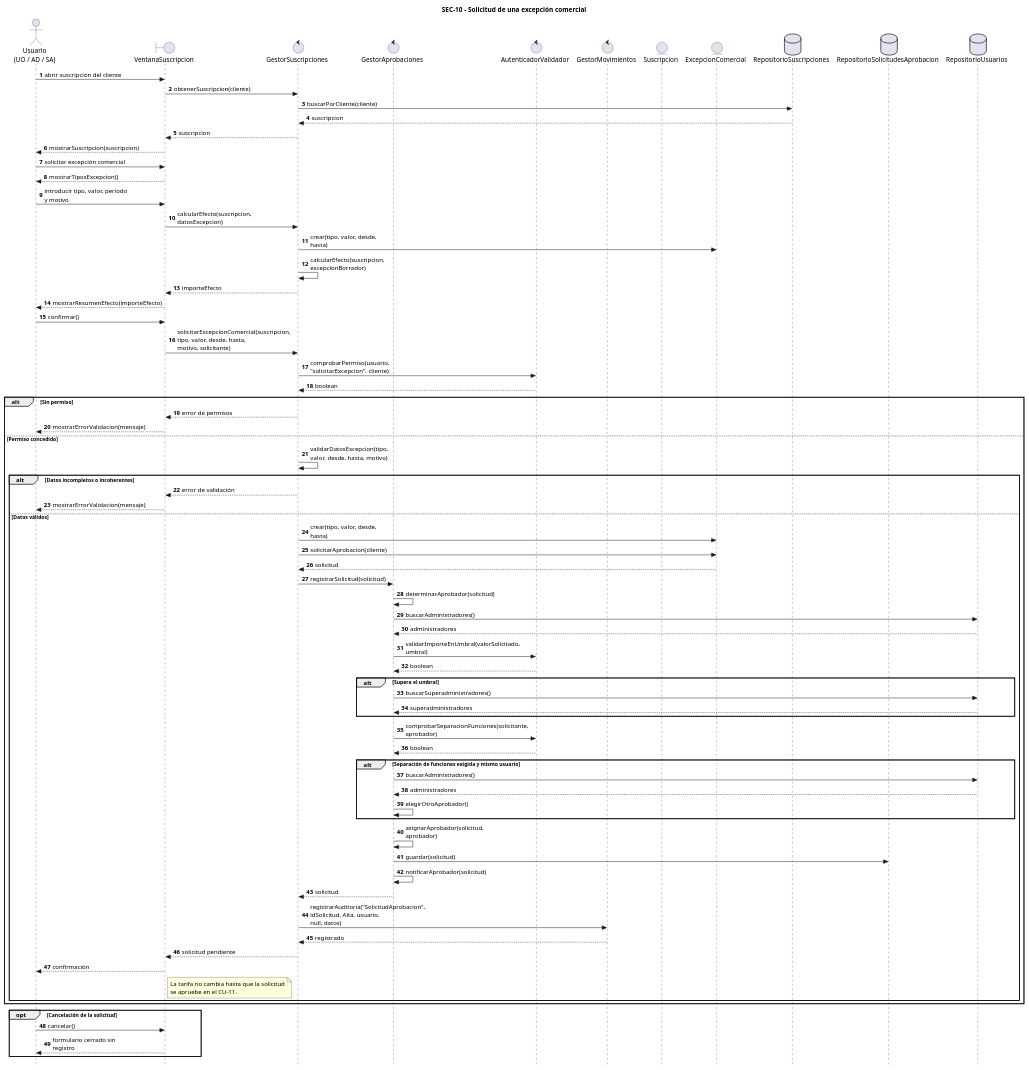
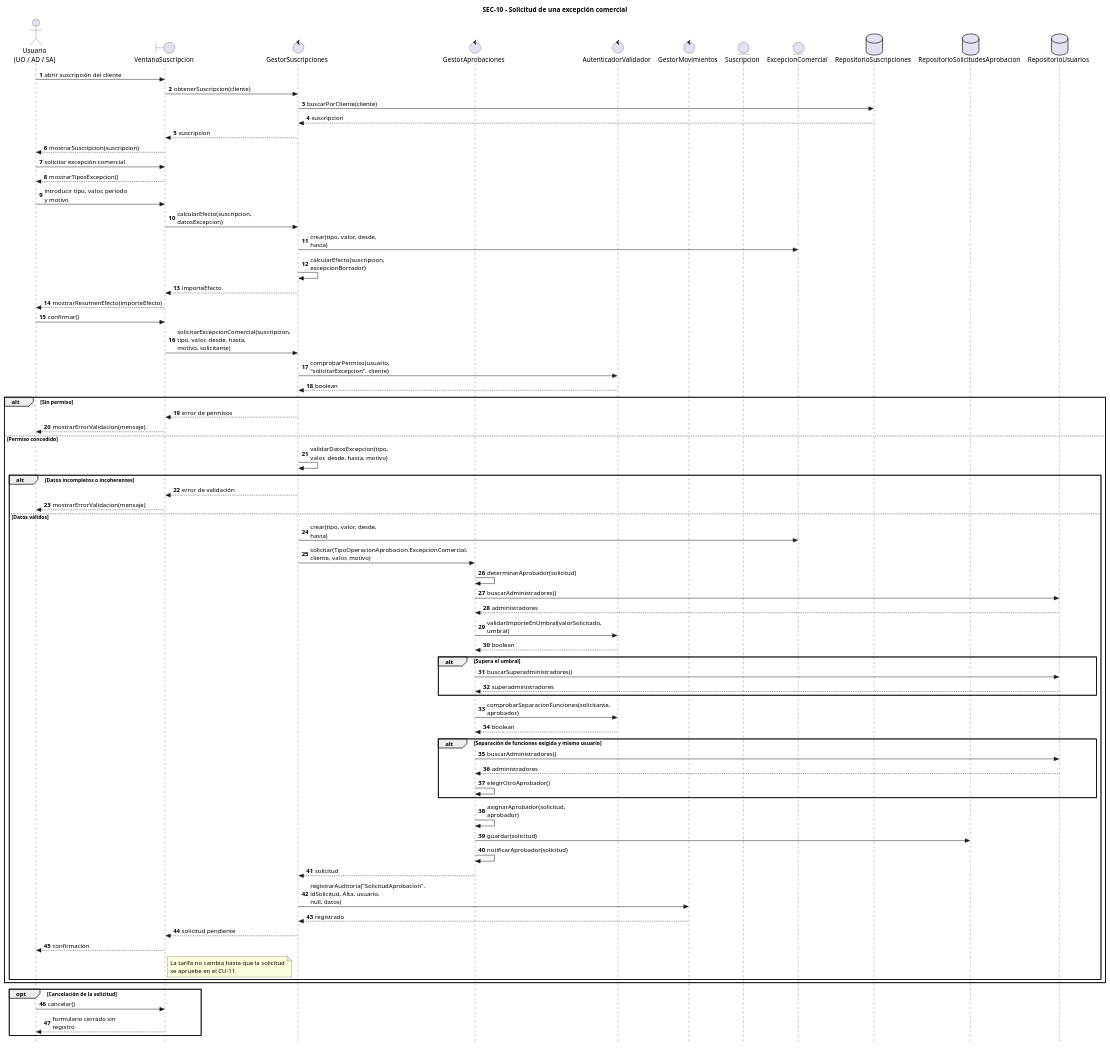
The diagram in entrega2/diagramas/secuencias/CU-10.puml (Vertossse/Elefantes), drawn with PlantUML before and after one commit. The commit also changed 7 other files, not shown here.

```diff
--- a/entrega2/diagramas/secuencias/CU-10.puml
+++ b/entrega2/diagramas/secuencias/CU-10.puml
@@ -1,89 +1,87 @@
 @startuml SEC-10
 skinparam style strictuml
 skinparam maxMessageSize 180
 autonumber
 title SEC-10 - Solicitud de una excepción comercial
 
 actor "Usuario\n(UO / AD / SA)"             as Usuario
 boundary "VentanaSuscripcion"               as Ventana
 control "GestorSuscripciones"               as GS
 control "GestorAprobaciones"                as GA
 control "AutenticadorValidador"             as AV
 control "GestorMovimientos"                 as GM
 entity "Suscripcion"                        as Suscripcion
 entity "ExcepcionComercial"                 as Excepcion
 database "RepositorioSuscripciones"         as RS
 database "RepositorioSolicitudesAprobacion" as RSA
 database "RepositorioUsuarios"              as RU
 
 Usuario -> Ventana : abrir suscripción del cliente
 Ventana -> GS : obtenerSuscripcion(cliente)
 GS -> RS : buscarPorCliente(cliente)
 RS --> GS : suscripcion
 GS --> Ventana : suscripcion
 Ventana --> Usuario : mostrarSuscripcion(suscripcion)
 
 Usuario -> Ventana : solicitar excepción comercial
 Ventana --> Usuario : mostrarTiposExcepcion()
 Usuario -> Ventana : introducir tipo, valor, periodo y motivo
 Ventana -> GS : calcularEfecto(suscripcion, datosExcepcion)
 GS -> Excepcion : crear(tipo, valor, desde, hasta)
 GS -> GS : calcularEfecto(suscripcion, excepcionBorrador)
 GS --> Ventana : importeEfecto
 Ventana --> Usuario : mostrarResumenEfecto(importeEfecto)
 
 Usuario -> Ventana : confirmar()
 Ventana -> GS : solicitarExcepcionComercial(suscripcion, tipo, valor, desde, hasta, motivo, solicitante)
 GS -> AV : comprobarPermiso(usuario, "solicitarExcepcion", cliente)
 AV --> GS : boolean
 
 alt Sin permiso
   GS --> Ventana : error de permisos
   Ventana --> Usuario : mostrarErrorValidacion(mensaje)
 else Permiso concedido
   GS -> GS : validarDatosExcepcion(tipo, valor, desde, hasta, motivo)
   alt Datos incompletos o incoherentes
     GS --> Ventana : error de validación
     Ventana --> Usuario : mostrarErrorValidacion(mensaje)
   else Datos válidos
     GS -> Excepcion : crear(tipo, valor, desde, hasta)
-    GS -> Excepcion : solicitarAprobacion(cliente)
-    Excepcion --> GS : solicitud
-    GS -> GA : registrarSolicitud(solicitud)
+    GS -> GA : solicitar(TipoOperacionAprobacion.ExcepcionComercial, cliente, valor, motivo)
     GA -> GA : determinarAprobador(solicitud)
     GA -> RU : buscarAdministradores()
     RU --> GA : administradores
     GA -> AV : validarImporteEnUmbral(valorSolicitado, umbral)
     AV --> GA : boolean
     alt Supera el umbral
       GA -> RU : buscarSuperadministradores()
       RU --> GA : superadministradores
     end
     GA -> AV : comprobarSeparacionFunciones(solicitante, aprobador)
     AV --> GA : boolean
     alt Separación de funciones exigida y mismo usuario
       GA -> RU : buscarAdministradores()
       RU --> GA : administradores
       GA -> GA : elegirOtroAprobador()
     end
     GA -> GA : asignarAprobador(solicitud, aprobador)
     GA -> RSA : guardar(solicitud)
     GA -> GA : notificarAprobador(solicitud)
     GA --> GS : solicitud
     GS -> GM : registrarAuditoria("SolicitudAprobacion", idSolicitud, Alta, usuario, null, datos)
     GM --> GS : registrado
     GS --> Ventana : solicitud pendiente
     Ventana --> Usuario : confirmación
     note right of Ventana
       La tarifa no cambia hasta que la solicitud
       se apruebe en el CU-11.
     end note
   end
 end
 
 opt Cancelación de la solicitud
   Usuario -> Ventana : cancelar()
   Ventana --> Usuario : formulario cerrado sin registro
 end
 
 @enduml
```
